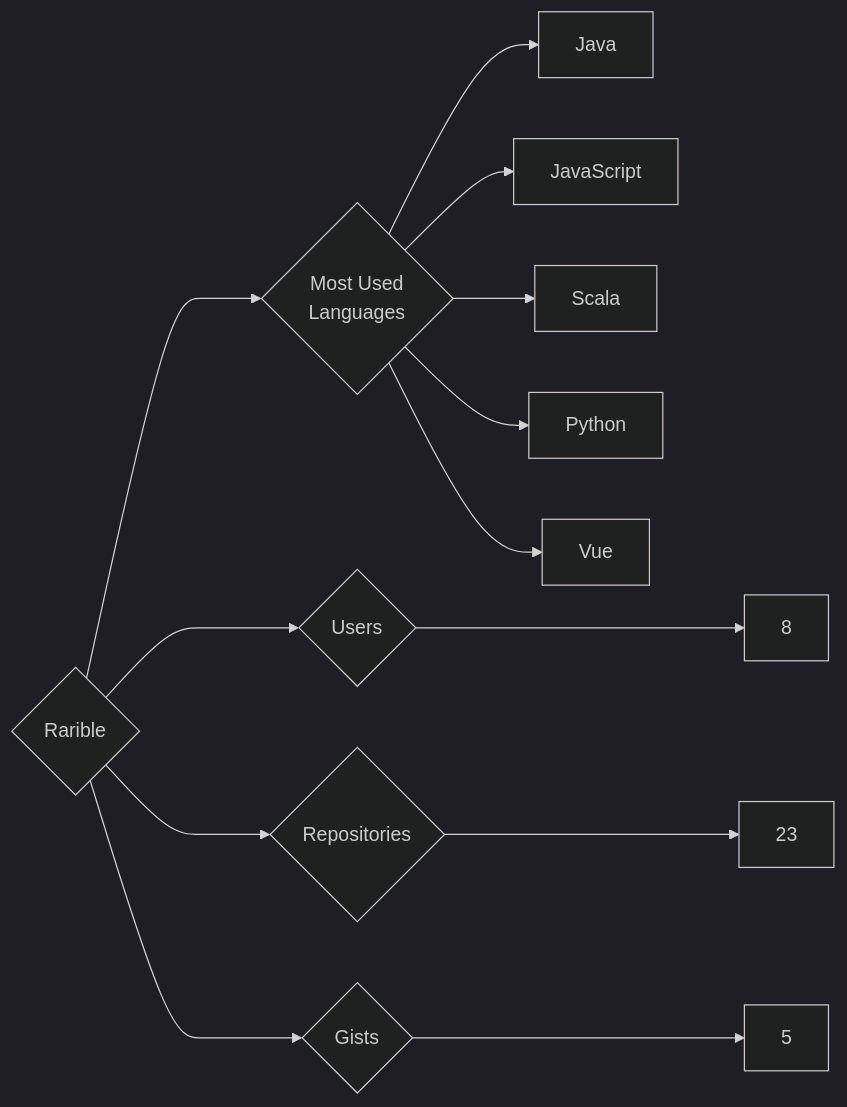
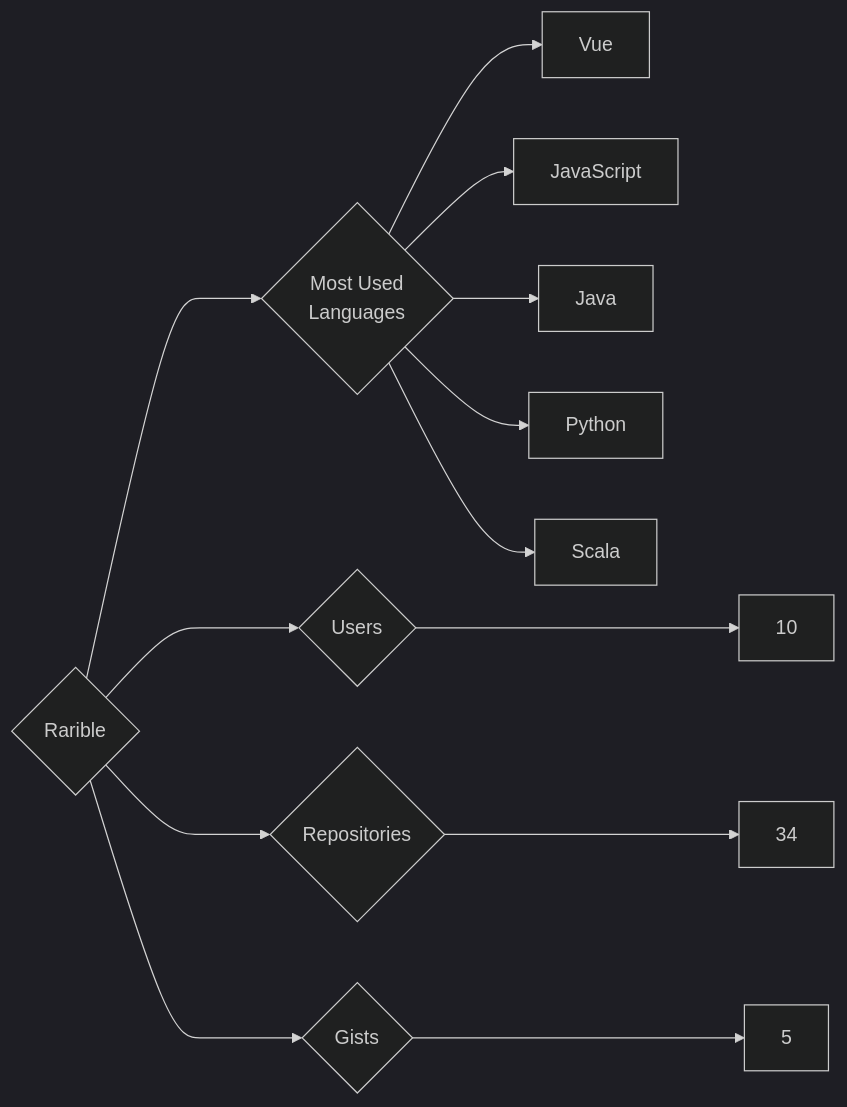
Before and after one commit to trickest/insiders: the diagram in targets/Rarible/README.md, drawn with Mermaid (dark theme). The commit also changed 1484 other files, not shown here.

````diff
--- a/targets/Rarible/README.md
+++ b/targets/Rarible/README.md
@@ -3,13 +3,13 @@
 ```mermaid
 graph LR
 COMPANY_NAME{Rarible}
-COMPANY_NAME ---> U{Users} ---> UN[8]
-COMPANY_NAME ---> R{Repositories} ---> RN[23]
+COMPANY_NAME ---> U{Users} ---> UN[10]
+COMPANY_NAME ---> R{Repositories} ---> RN[34]
 COMPANY_NAME ---> G{Gists} ---> GN[5]
 COMPANY_NAME ---> ML{Most Used<br>Languages}
+ML --> Vue[Vue]
+ML --> JavaScript[JavaScript]
 ML --> Java[Java]
-ML --> JavaScript[JavaScript]
+ML --> Python[Python]
 ML --> Scala[Scala]
-ML --> Python[Python]
-ML --> Vue[Vue]
 ```
````
